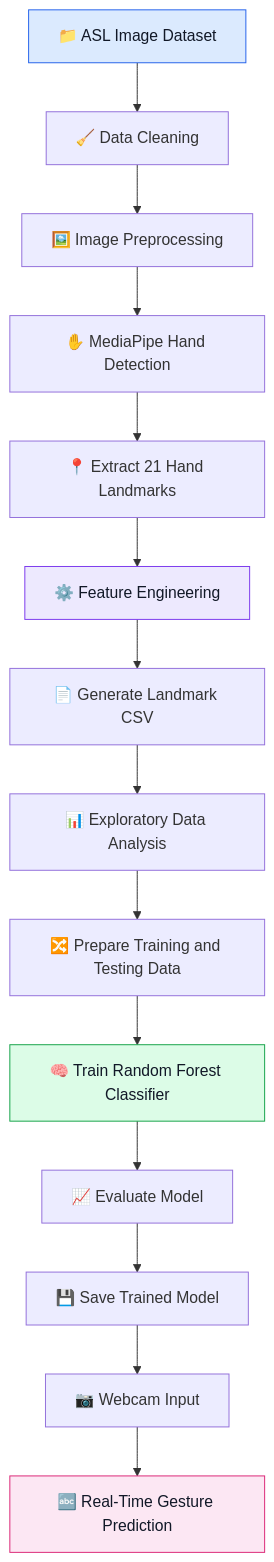
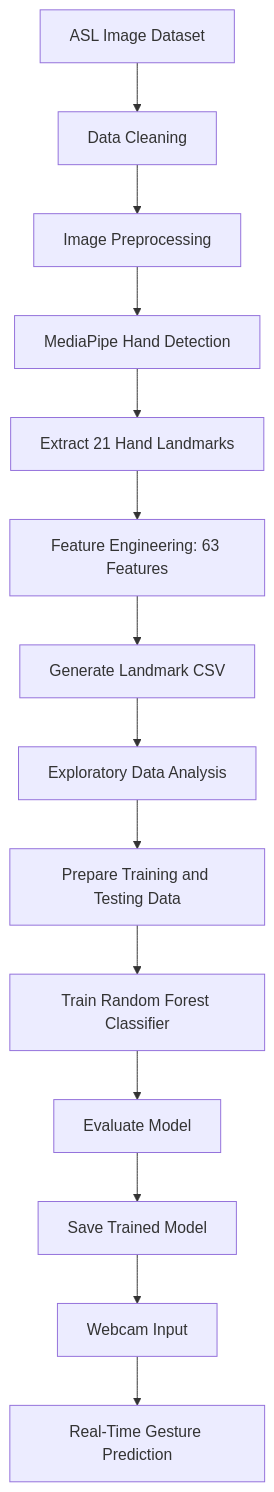
The diagram in README.md (archita213V/GestureToText), drawn with Mermaid before and after one commit.

````diff
--- a/README.md
+++ b/README.md
@@ -53,21 +53,16 @@
 ```mermaid
 flowchart TD
-    A["📁 ASL Image Dataset"] --> B["🧹 Data Cleaning"]
-    B --> C["🖼️ Image Preprocessing"]
-    C --> D["✋ MediaPipe Hand Detection"]
-    D --> E["📍 Extract 21 Hand Landmarks"]
-    E --> F["⚙️ Feature Engineering"]
-    F --> G["📄 Generate Landmark CSV"]
-    G --> H["📊 Exploratory Data Analysis"]
-    H --> I["🔀 Prepare Training and Testing Data"]
-    I --> J["🧠 Train Random Forest Classifier"]
-    J --> K["📈 Evaluate Model"]
-    K --> L["💾 Save Trained Model"]
-    L --> M["📷 Webcam Input"]
-    M --> N["🔤 Real-Time Gesture Prediction"]
-
-    style A fill:#dbeafe,stroke:#2563eb,color:#111827
-    style F fill:#ede9fe,stroke:#7c3aed,color:#111827
-    style J fill:#dcfce7,stroke:#16a34a,color:#111827
-    style N fill:#fce7f3,stroke:#db2777,color:#111827
+    A["ASL Image Dataset"] --> B["Data Cleaning"]
+    B --> C["Image Preprocessing"]
+    C --> D["MediaPipe Hand Detection"]
+    D --> E["Extract 21 Hand Landmarks"]
+    E --> F["Feature Engineering: 63 Features"]
+    F --> G["Generate Landmark CSV"]
+    G --> H["Exploratory Data Analysis"]
+    H --> I["Prepare Training and Testing Data"]
+    I --> J["Train Random Forest Classifier"]
+    J --> K["Evaluate Model"]
+    K --> L["Save Trained Model"]
+    L --> M["Webcam Input"]
+    M --> N["Real-Time Gesture Prediction"]
 ```
````
